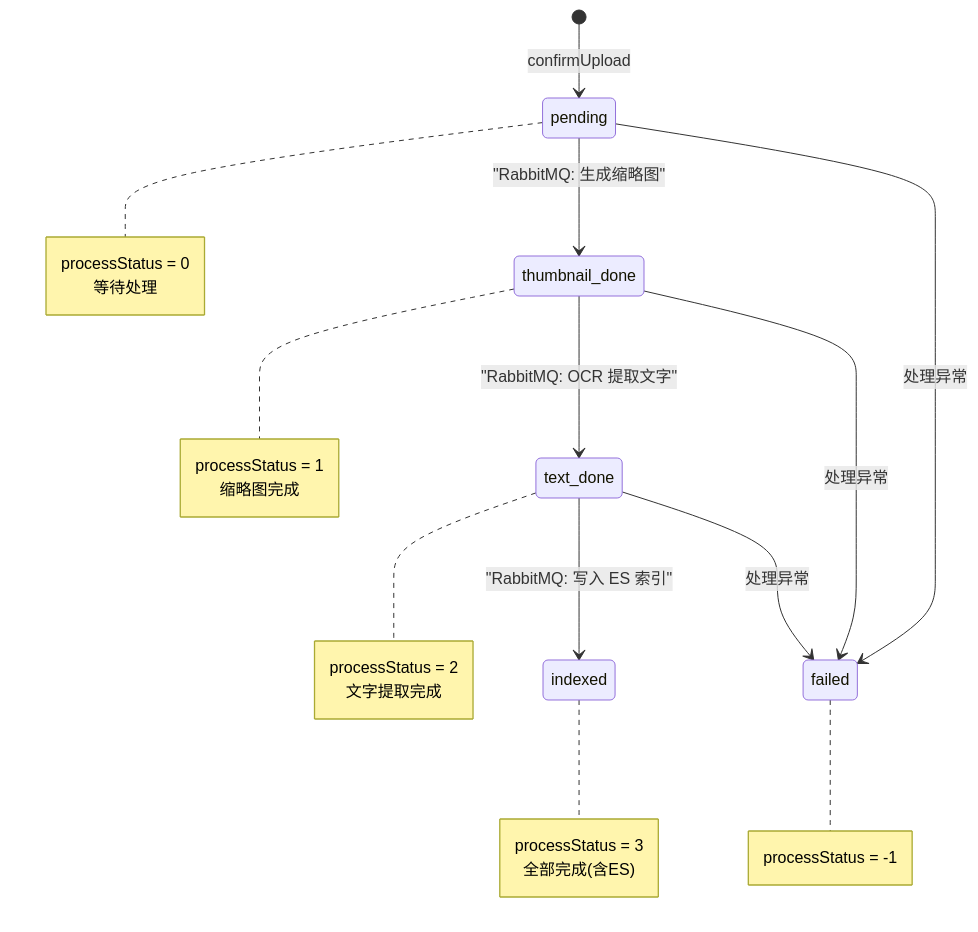
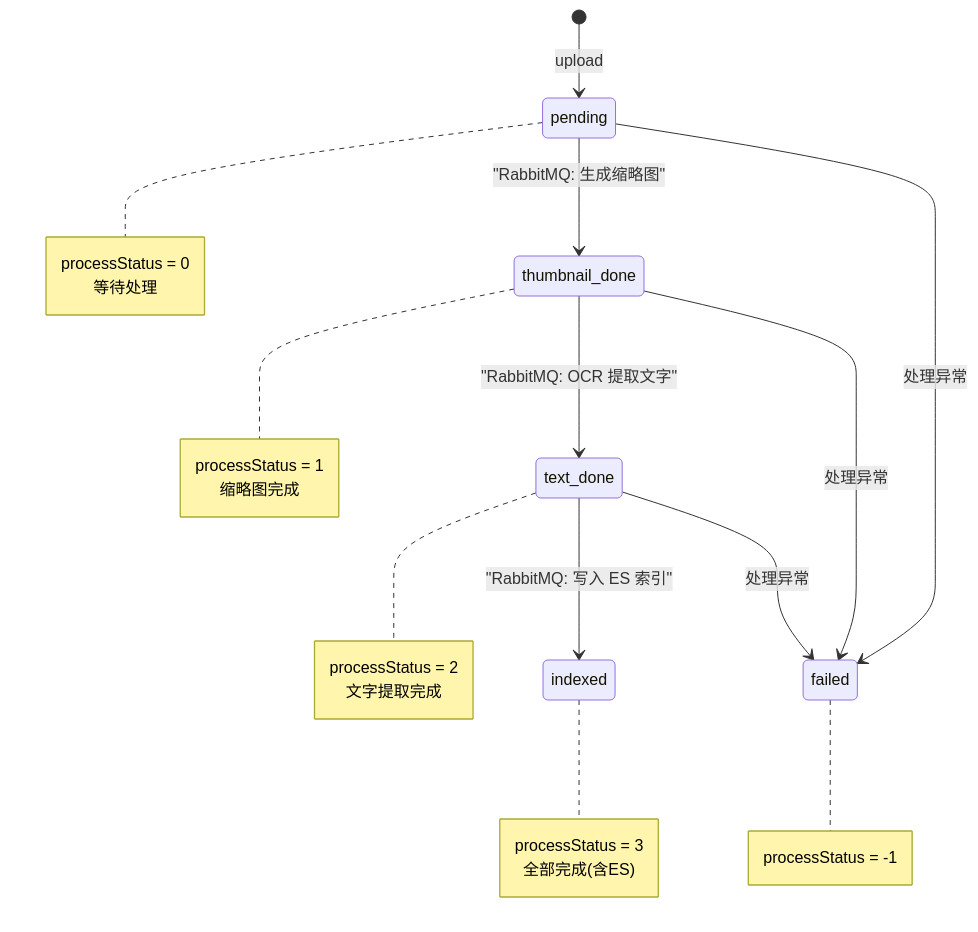
One commit to AfterMaxQ/AllahPan changed the second of 3 diagrams in docs/architecture/03-file-upload-flow.md. Above: the diagram before and after it, drawn with Mermaid. The commit also changed other lines of this file and 24 other files, not shown here.

````diff
--- a/docs/architecture/03-file-upload-flow.md
+++ b/docs/architecture/03-file-upload-flow.md
@@ -53,16 +56,16 @@
 ```mermaid
 stateDiagram-v2
-    [*] --> pending: confirmUpload
+    [*] --> pending: upload
     pending --> thumbnail_done: "RabbitMQ: 生成缩略图"
     thumbnail_done --> text_done: "RabbitMQ: OCR 提取文字"
     text_done --> indexed: "RabbitMQ: 写入 ES 索引"
     pending --> failed: 处理异常
     thumbnail_done --> failed: 处理异常
     text_done --> failed: 处理异常
 
     note right of pending: processStatus = 0<br/>等待处理
     note right of thumbnail_done: processStatus = 1<br/>缩略图完成
     note right of text_done: processStatus = 2<br/>文字提取完成
     note right of indexed: processStatus = 3<br/>全部完成(含ES)
     note right of failed: processStatus = -1
 ```
````
